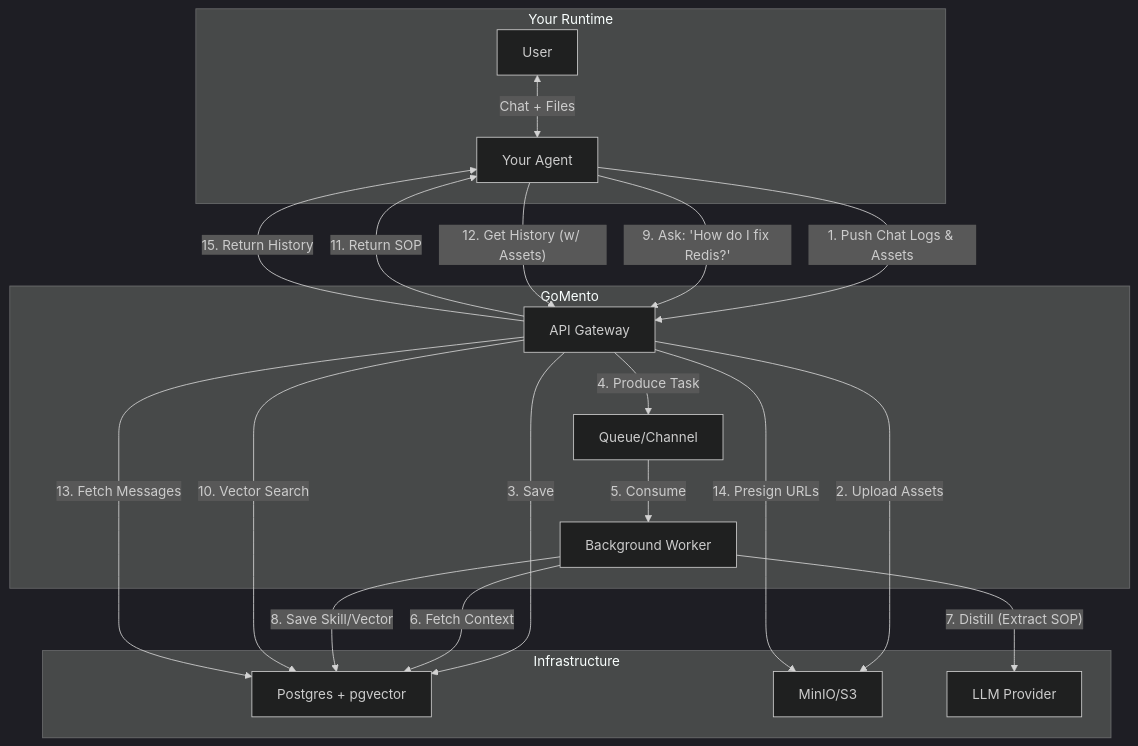
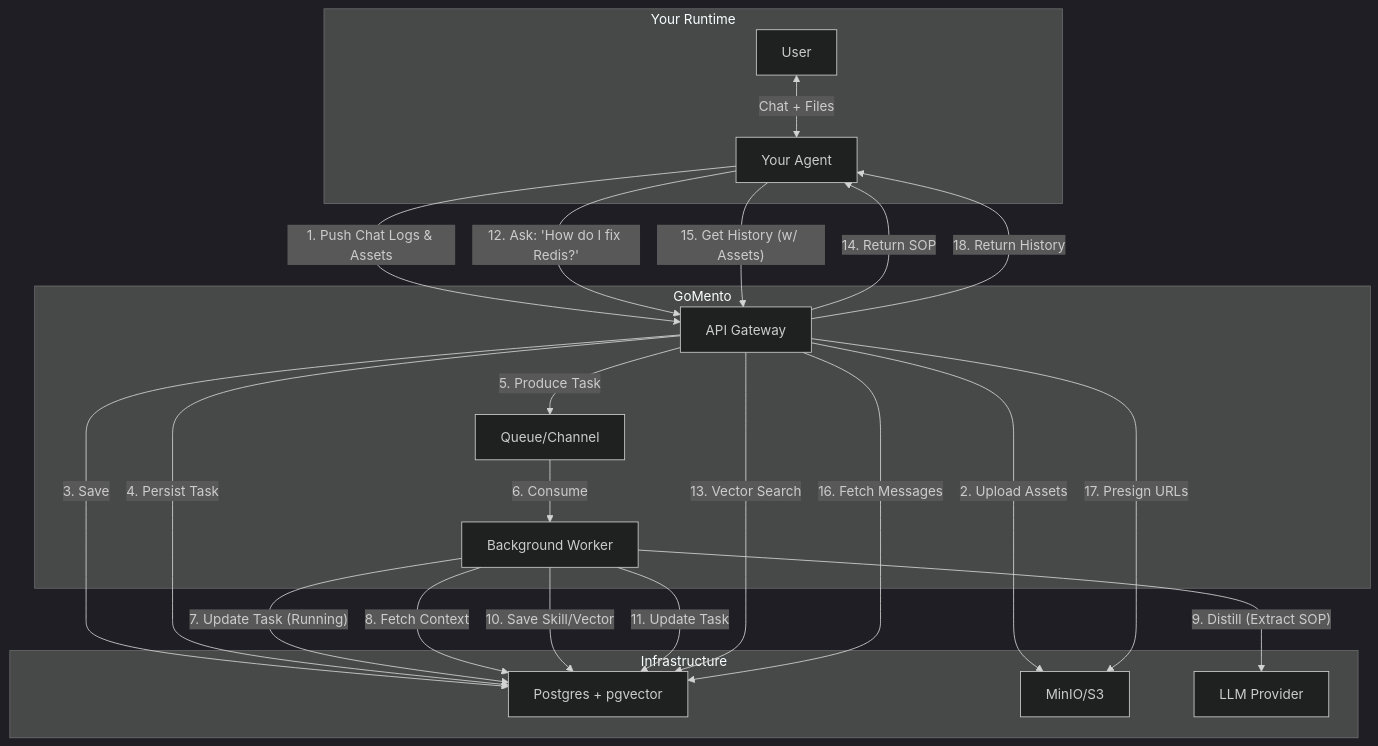
The first of 2 diagrams in README.md (w-h-a/gomento), drawn with Mermaid (dark theme) before and after one commit. The commit also changed other lines of this file, not shown here.

Commit message:
docs: update README (#29)

````diff
--- a/README.md
+++ b/README.md
@@ -23,41 +23,44 @@
 ```mermaid
 graph TD
     subgraph "Your Runtime"
         User[User] <-->|Chat + Files| Agent[Your Agent]
     end
 
     subgraph "GoMento"
         API[API Gateway]
         Queue[Queue/Channel]
         Worker[Background Worker]
     end
 
     subgraph "Infrastructure"
         Postgres[Postgres + pgvector]
         MinIO[MinIO/S3]
         LLM[LLM Provider]
     end
 
     %% Flow 1: Storing Context
     Agent -- "1. Push Chat Logs & Assets" --> API
     API -- "2. Upload Assets" --> MinIO
     API -- "3. Save" --> Postgres
-    API -- "4. Produce Task" --> Queue
+    API -- "4. Persist Task" --> Postgres
+    API -- "5. Produce Task" --> Queue
     
     %% Flow 2: Distillation
-    Queue -- "5. Consume" --> Worker
-    Worker -- "6. Fetch Context" --> Postgres
-    Worker -- "7. Distill (Extract SOP)" --> LLM
-    Worker -- "8. Save Skill/Vector" --> Postgres
+    Queue -- "6. Consume" --> Worker
+    Worker -- "7. Update Task (Running)" --> Postgres
+    Worker -- "8. Fetch Context" --> Postgres
+    Worker -- "9. Distill (Extract SOP)" --> LLM
+    Worker -- "10. Save Skill/Vector" --> Postgres
+    Worker -- "11. Update Task" --> Postgres
 
     %% Flow 3: Retrieval (Skills)
-    Agent -- "9. Ask: 'How do I fix Redis?'" --> API
-    API -- "10. Vector Search" --> Postgres
-    API -- "11. Return SOP" --> Agent
+    Agent -- "12. Ask: 'How do I fix Redis?'" --> API
+    API -- "13. Vector Search" --> Postgres
+    API -- "14. Return SOP" --> Agent
 
     %% Flow 4: Retrieval (Messages + Assets)
-    Agent -- "12. Get History (w/ Assets)" --> API
-    API -- "13. Fetch Messages" --> Postgres
-    API -- "14. Presign URLs" --> MinIO
-    API -- "15. Return History" --> Agent
+    Agent -- "15. Get History (w/ Assets)" --> API
+    API -- "16. Fetch Messages" --> Postgres
+    API -- "17. Presign URLs" --> MinIO
+    API -- "18. Return History" --> Agent
 ```
````
